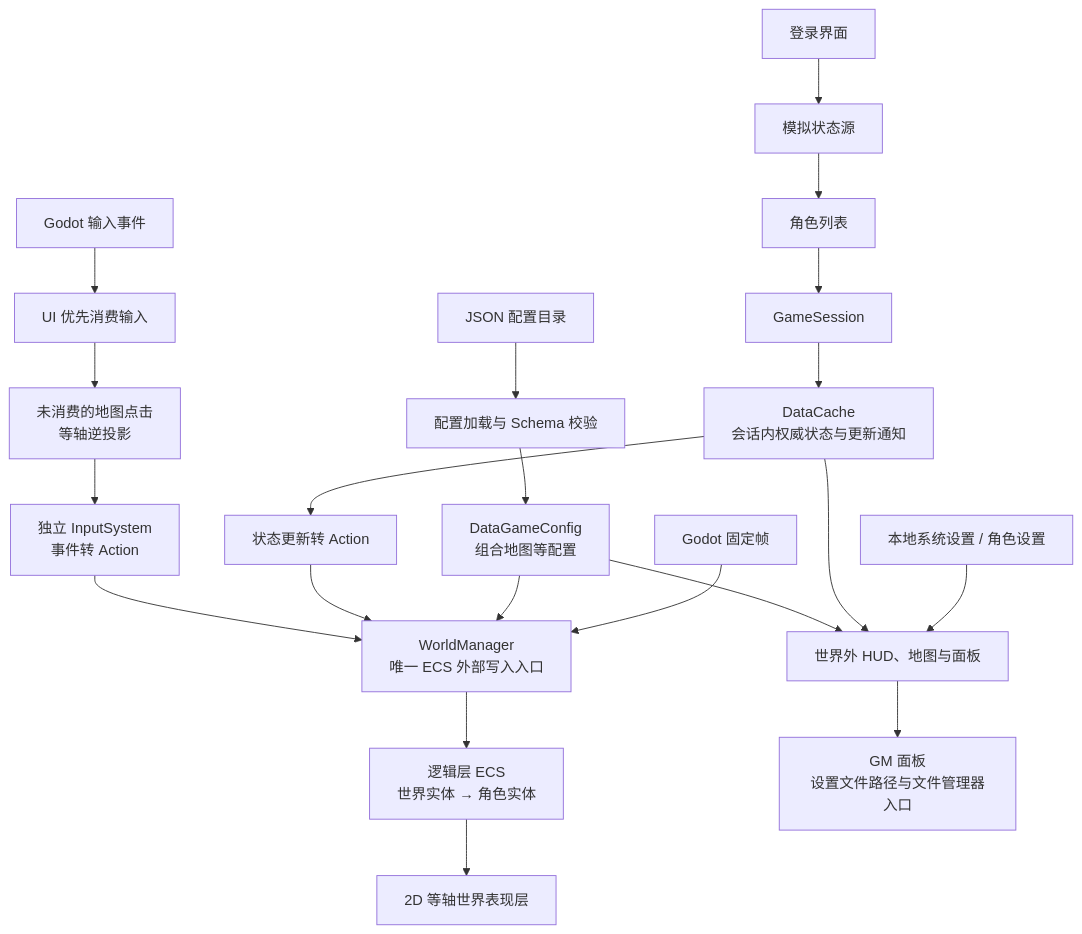
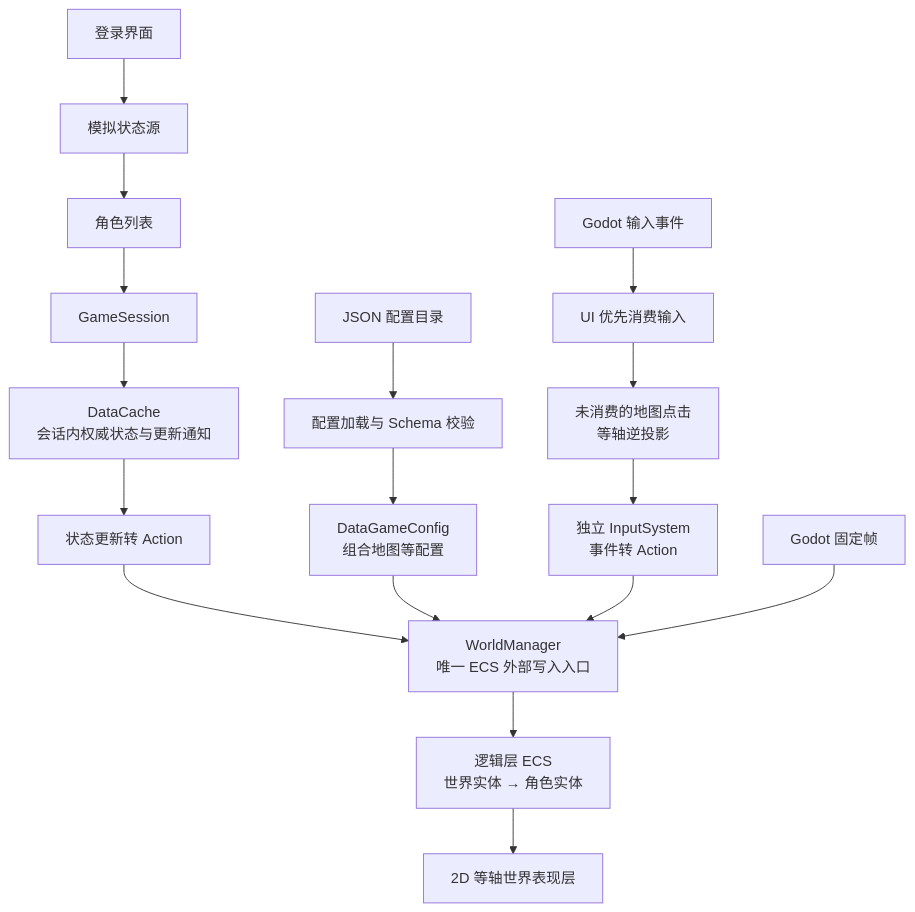
One commit to msew11/rpg changed the first of 2 diagrams in docs/plan-202610190201-client-architecture.md. Above: the diagram before and after it, drawn with Mermaid. The commit also changed other lines of this file, not shown here.

Commit message:
docs: simplify client architecture diagrams

````diff
--- a/docs/plan-202610190201-client-architecture.md
+++ b/docs/plan-202610190201-client-architecture.md
@@ -13,26 +15,21 @@
 ```mermaid
 flowchart TB
     Config["JSON 配置目录"] --> ConfigRepo["配置加载与 Schema 校验"]
     ConfigRepo --> GameConfig["DataGameConfig<br/>组合地图等配置"]
 
     LoginUI["登录界面"] --> Mock["模拟状态源"]
     Mock --> Roles["角色列表"]
     Roles --> Session["GameSession"]
     Session --> Cache["DataCache<br/>会话内权威状态与更新通知"]
+    Cache --> Sync["状态更新转 Action"]
 
     GodotInput["Godot 输入事件"] --> UIRoute["UI 优先消费输入"]
     UIRoute --> Projection["未消费的地图点击<br/>等轴逆投影"]
     Projection --> InputSystem["独立 InputSystem<br/>事件转 Action"]
-    InputSystem --> WorldManager["WorldManager<br/>唯一 ECS 外部写入入口"]
-    Cache --> Sync["状态更新转 Action"]
-    Sync --> WorldManager
+    Sync --> WorldManager["WorldManager<br/>唯一 ECS 外部写入入口"]
     GameConfig --> WorldManager
+    InputSystem --> WorldManager
     GodotTick["Godot 固定帧"] --> WorldManager
     WorldManager --> ECS["逻辑层 ECS<br/>世界实体 → 角色实体"]
     ECS --> IsoView["2D 等轴世界表现层"]
-
-    GameConfig --> UI["世界外 HUD、地图与面板"]
-    Cache --> UI
-    Settings["本地系统设置 / 角色设置"] --> UI
-    UI --> GM["GM 面板<br/>设置文件路径与文件管理器入口"]
 ```
````
